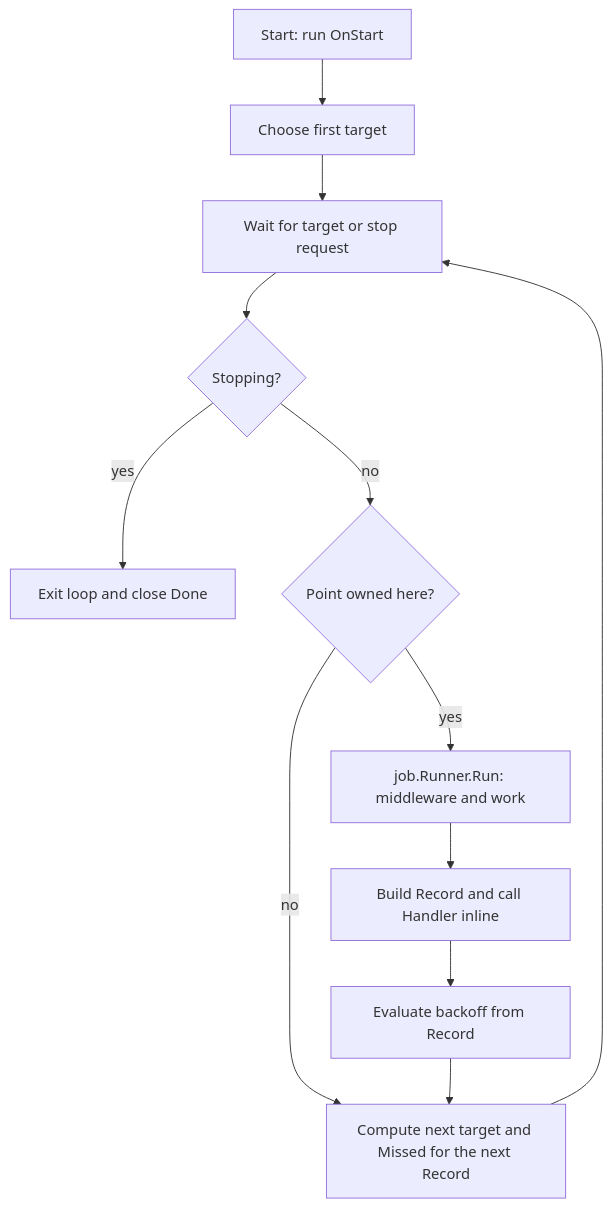
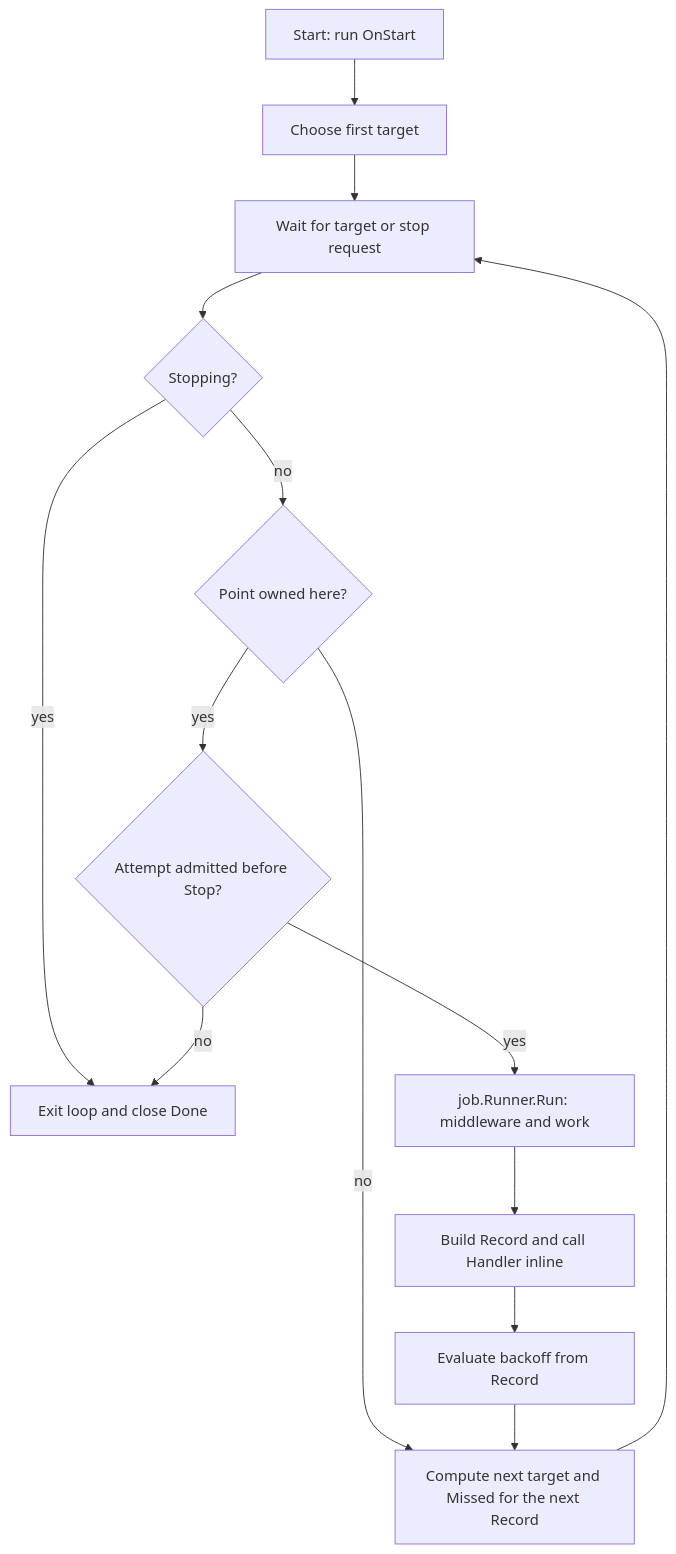
Before and after one commit to uchaloop/beat: the diagram in README.md, drawn with Mermaid. The commit also changed other lines of this file and 15 other files, not shown here.

````diff
--- a/README.md
+++ b/README.md
@@ -110,14 +121,16 @@
 ```mermaid
 flowchart TD
     A[Start: run OnStart] --> B[Choose first target]
     B --> C[Wait for target or stop request]
     C --> D{Stopping?}
     D -->|yes| Z[Exit loop and close Done]
     D -->|no| E{Point owned here?}
     E -->|no| H
-    E -->|yes| R[job.Runner.Run: middleware and work]
+    E -->|yes| Q{"Attempt admitted before Stop?"}
+    Q -->|no| Z
+    Q -->|yes| R["job.Runner.Run: middleware and work"]
     R --> F[Build Record and call Handler inline]
     F --> G[Evaluate backoff from Record]
     G --> H[Compute next target and Missed for the next Record]
     H --> C
 ```
````
